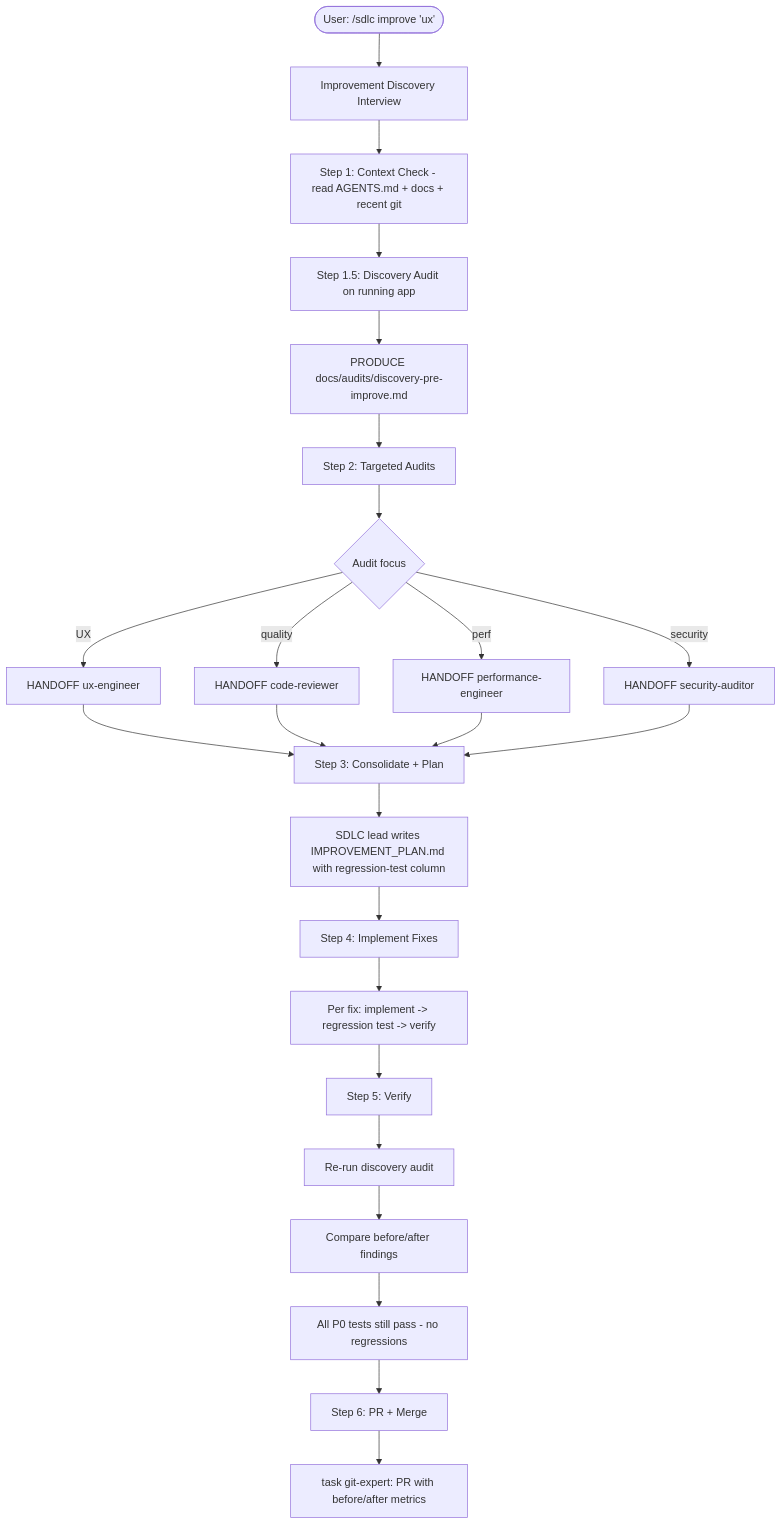
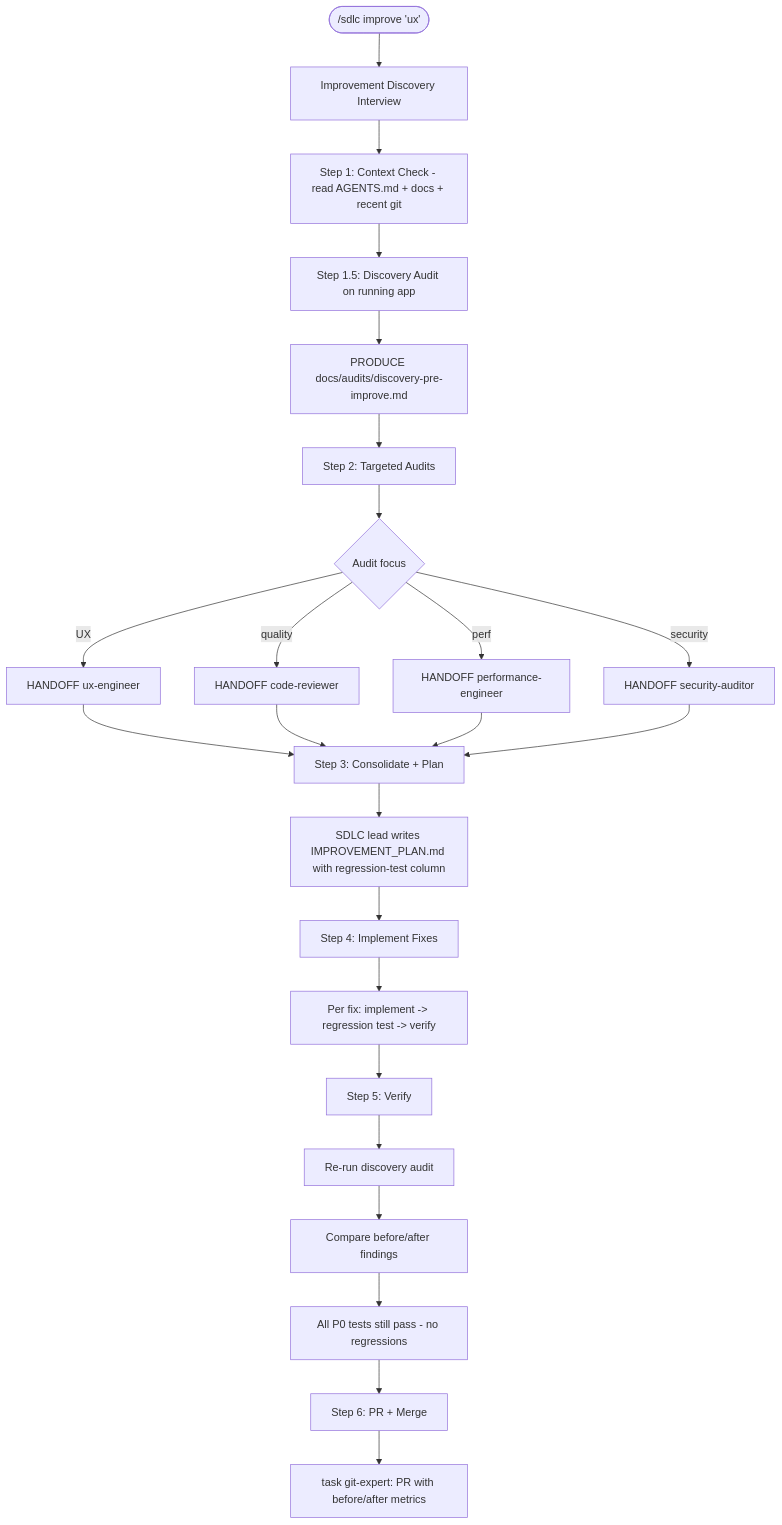
Before and after one commit to bpmforge/claude-experts: the ninth of 9 diagrams in docs/AGENT_PROCESS_FLOW.md, drawn with Mermaid. The commit also changed other lines of this file and 15 other files, not shown here.

First line of the commit message:
security: harden researcher, fix mermaid syntax, extend LLM security checks

````diff
--- a/docs/AGENT_PROCESS_FLOW.md
+++ b/docs/AGENT_PROCESS_FLOW.md
@@ -266,26 +266,26 @@
 ```mermaid
 flowchart TD
-    Start([User: /sdlc improve 'ux']) --> DI[Improvement Discovery Interview]
+    Start(["/sdlc improve 'ux'"]) --> DI[Improvement Discovery Interview]
     DI --> Step1[Step 1: Context Check - read AGENTS.md + docs + recent git]
     Step1 --> Step15[Step 1.5: Discovery Audit on running app]
-    Step15 --> Pre[PRODUCE docs/audits/discovery-pre-improve.md]
+    Step15 --> Pre["PRODUCE docs/audits/discovery-pre-improve.md"]
     Pre --> Step2[Step 2: Targeted Audits]
     Step2 --> Fan{Audit focus}
     Fan -->|UX| UX[HANDOFF ux-engineer]
     Fan -->|quality| CR[HANDOFF code-reviewer]
     Fan -->|perf| Perf[HANDOFF performance-engineer]
     Fan -->|security| Sec[HANDOFF security-auditor]
     UX --> Step3
     CR --> Step3
     Perf --> Step3
     Sec --> Step3[Step 3: Consolidate + Plan]
     Step3 --> Plan[SDLC lead writes IMPROVEMENT_PLAN.md with regression-test column]
     Plan --> Step4[Step 4: Implement Fixes]
-    Step4 --> PerFix[Per fix: implement -> regression test -> verify]
+    Step4 --> PerFix["Per fix: implement -> regression test -> verify"]
     PerFix --> Step5[Step 5: Verify]
     Step5 --> Rerun[Re-run discovery audit]
-    Rerun --> Compare[Compare before/after findings]
+    Rerun --> Compare["Compare before/after findings"]
     Compare --> AllP0[All P0 tests still pass - no regressions]
     AllP0 --> Step6[Step 6: PR + Merge]
-    Step6 --> Done[task git-expert: PR with before/after metrics]
+    Step6 --> Done["task git-expert: PR with before/after metrics"]
 ```
````
